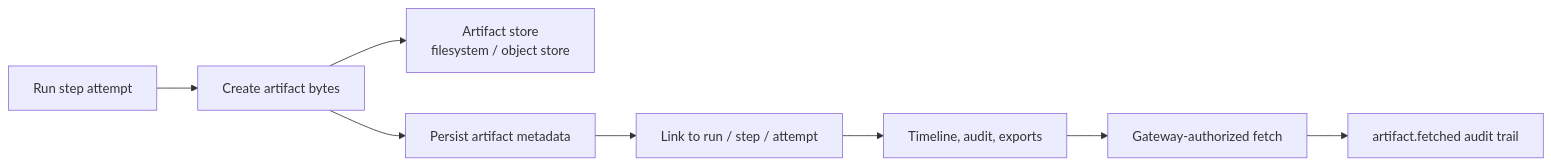
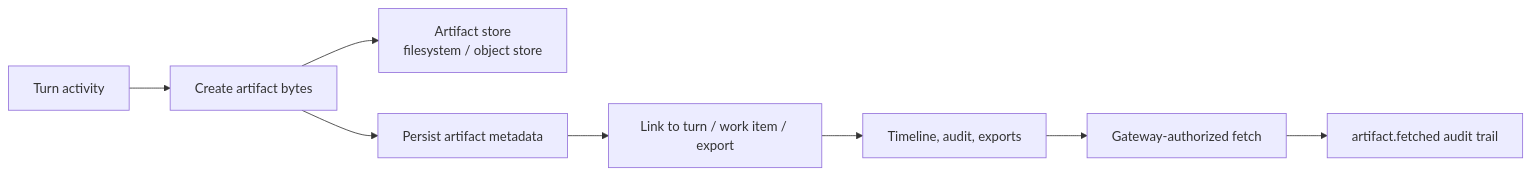
One commit to tyrumai/tyrum changed the first of 2 diagrams in docs/architecture/gateway/artifacts.md. Above: the diagram before and after it, drawn with Mermaid. The commit also changed other lines of this file and 56 other files, not shown here.

Commit message:
docs: rewrite architecture around conversations and turns (#1829)

````diff
--- a/docs/architecture/gateway/artifacts.md
+++ b/docs/architecture/gateway/artifacts.md
@@ -17,10 +17,10 @@
 ```mermaid
 flowchart LR
-  Attempt["Run step attempt"] --> Create["Create artifact bytes"]
+  Turn["Turn activity"] --> Create["Create artifact bytes"]
   Create --> Store["Artifact store<br/>filesystem / object store"]
   Create --> Meta["Persist artifact metadata"]
-  Meta --> Link["Link to run / step / attempt"]
+  Meta --> Link["Link to turn / work item / export"]
   Link --> UI["Timeline, audit, exports"]
   UI --> Fetch["Gateway-authorized fetch"]
   Fetch --> Audit["artifact.fetched audit trail"]
 ```
````
